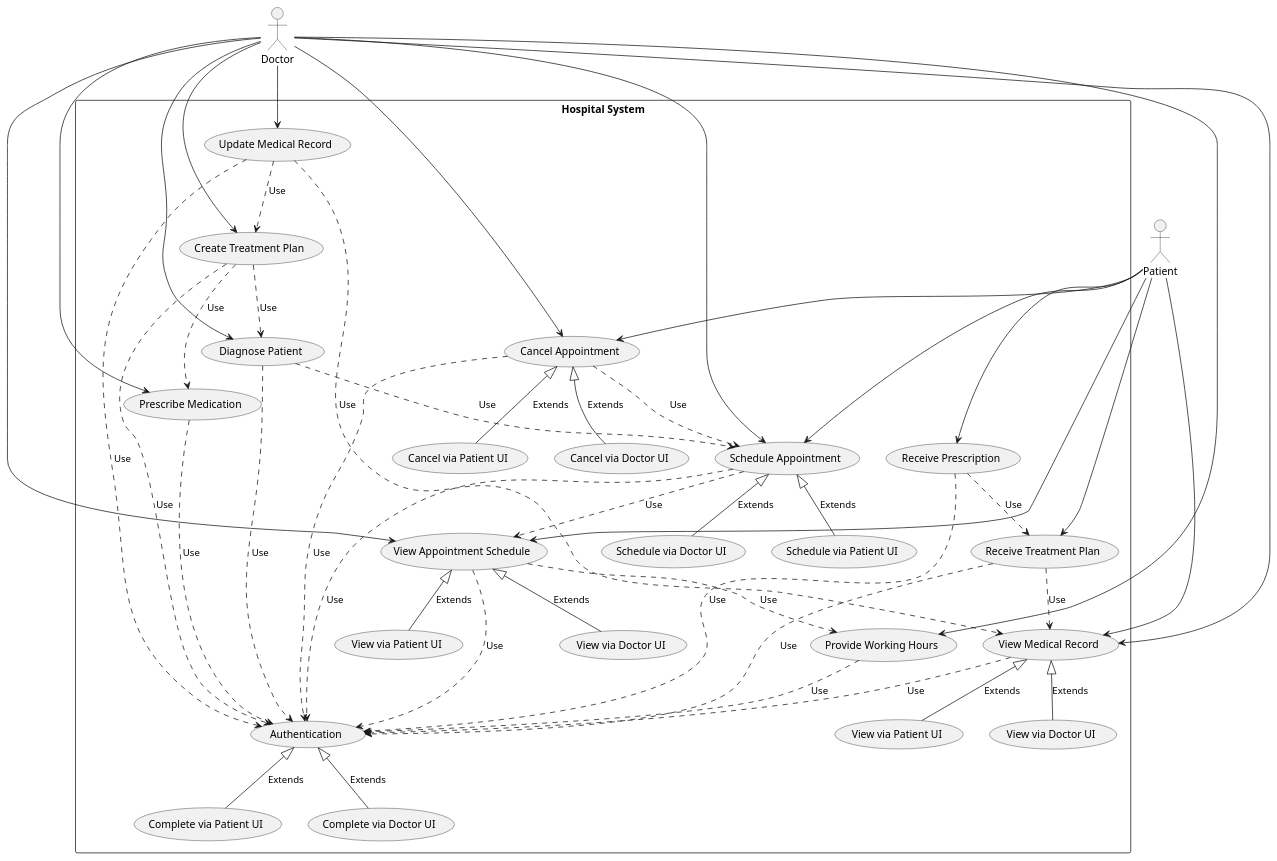
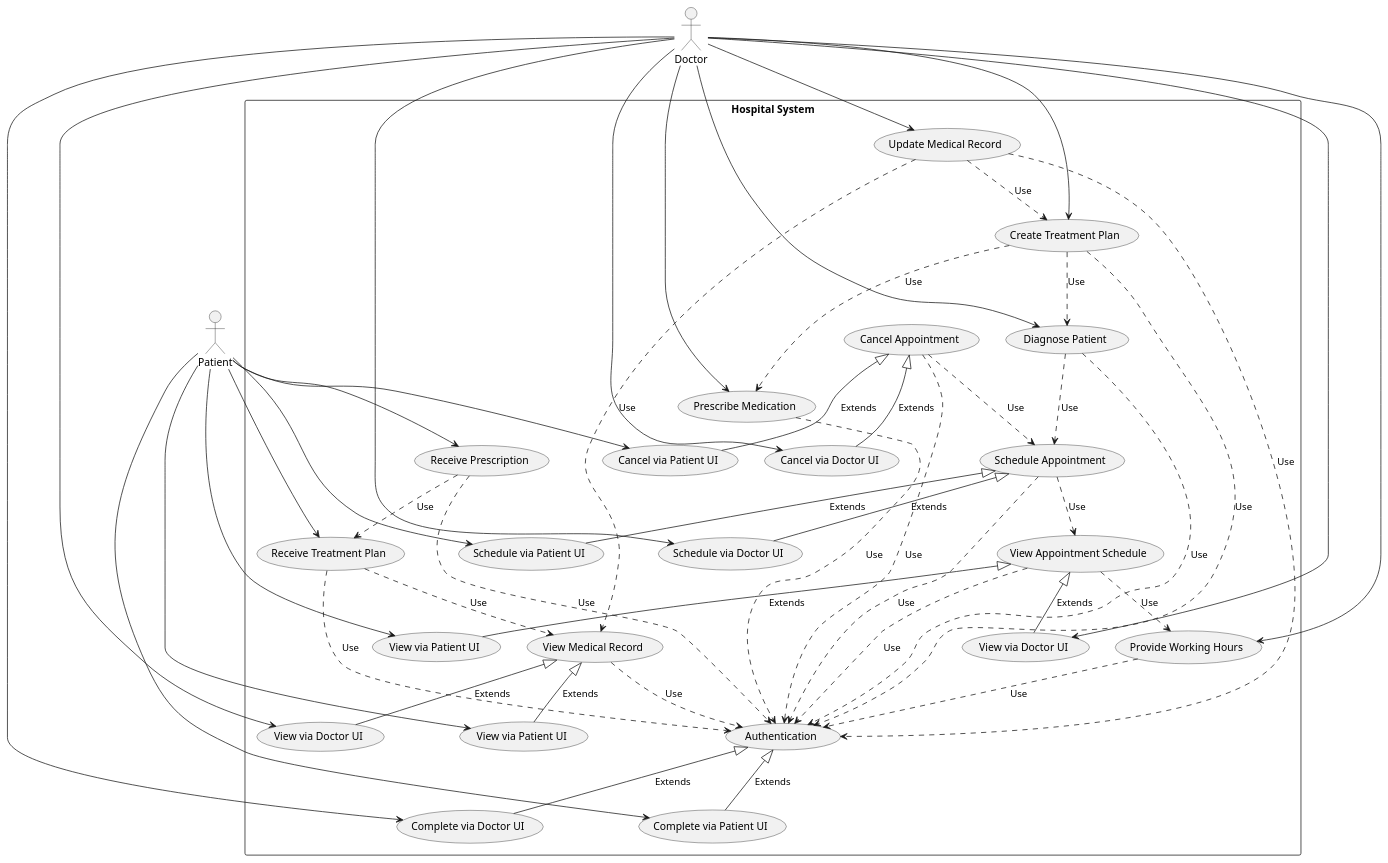
The diagram in lab2/diagram.puml (arcctg/labs_kpi), drawn with PlantUML before and after one commit. The commit also changed 1 other file, not shown here.

Commit message:
Update use case diagram relationships

```diff
--- a/lab2/diagram.puml
+++ b/lab2/diagram.puml
@@ -1,81 +1,84 @@
 @startuml
 actor Patient
 actor Doctor
 
 rectangle "Hospital System" {
     usecase Auth as "Authentication"
     usecase AuthPatient as "Complete via Patient UI"
     usecase AuthDoctor as "Complete via Doctor UI"
 
     usecase SchedApp as "Schedule Appointment"
     usecase SchedP as "Schedule via Patient UI"
     usecase SchedD as "Schedule via Doctor UI"
     usecase CancelApp as "Cancel Appointment"
     usecase CancelP as "Cancel via Patient UI"
     usecase CancelD as "Cancel via Doctor UI"
     usecase ViewAppSched as "View Appointment Schedule"
     usecase ViewSchedP as "View via Patient UI"
     usecase ViewSchedD as "View via Doctor UI"
+
     usecase Hours as "Provide Working Hours"
     usecase ViewMR as "View Medical Record"
     usecase ViewMRP as "View via Patient UI"
     usecase ViewMRD as "View via Doctor UI"
     usecase UpdateMR as "Update Medical Record"
 
     Auth <|-- AuthPatient : Extends
     Auth <|-- AuthDoctor : Extends
     CancelApp <|-- CancelP : Extends
     CancelApp <|-- CancelD : Extends
     SchedApp <|-- SchedP : Extends
     SchedApp <|-- SchedD : Extends
     ViewAppSched <|-- ViewSchedD : Extends
     ViewAppSched <|-- ViewSchedP : Extends
     ViewMR <|-- ViewMRD : Extends
     ViewMR <|-- ViewMRP : Extends
 
     usecase Diag as "Diagnose Patient"
     usecase CreateTP as "Create Treatment Plan"
     usecase RecTP as "Receive Treatment Plan"
     usecase Presc as "Prescribe Medication"
     usecase RecRX as "Receive Prescription"
 
-    Patient --> SchedApp
-    Patient --> CancelApp
-    Patient --> ViewAppSched
-    Patient --> ViewMR
+    Patient --> SchedP
+    Patient --> CancelP
+    Patient --> ViewSchedP
+    Patient --> ViewMRP
     Patient --> RecTP
     Patient --> RecRX
+    Patient --> AuthPatient
 
-    Doctor --> SchedApp
-    Doctor --> CancelApp
-    Doctor --> ViewAppSched
-    Doctor --> ViewMR
+    Doctor --> SchedD
+    Doctor --> CancelD
+    Doctor --> ViewSchedD
+    Doctor --> ViewMRD
     Doctor --> UpdateMR
     Doctor --> Hours
     Doctor --> Diag
     Doctor --> CreateTP
     Doctor --> Presc
+    Doctor --> AuthDoctor
 
     SchedApp ..> Auth : Use
     SchedApp ..> ViewAppSched : Use
     CancelApp ..> Auth : Use
     CancelApp ..> SchedApp : Use
     ViewAppSched ..> Auth : Use
     ViewAppSched ..> Hours : Use
     ViewMR ..> Auth : Use
     UpdateMR ..> Auth : Use
     UpdateMR ..> ViewMR : Use
     UpdateMR ..> CreateTP : Use
     RecTP ..> Auth : Use
     RecTP ..> ViewMR : Use
     RecRX ..> Auth : Use
     RecRX ..> RecTP : Use
     Diag ..> Auth : Use
     Hours ..> Auth : Use
     CreateTP ..> Presc : Use
     CreateTP ..> Auth : Use
     CreateTP ..> Diag : Use
     Diag ..> SchedApp : Use
     Presc ..> Auth : Use
 }
 @enduml
```
